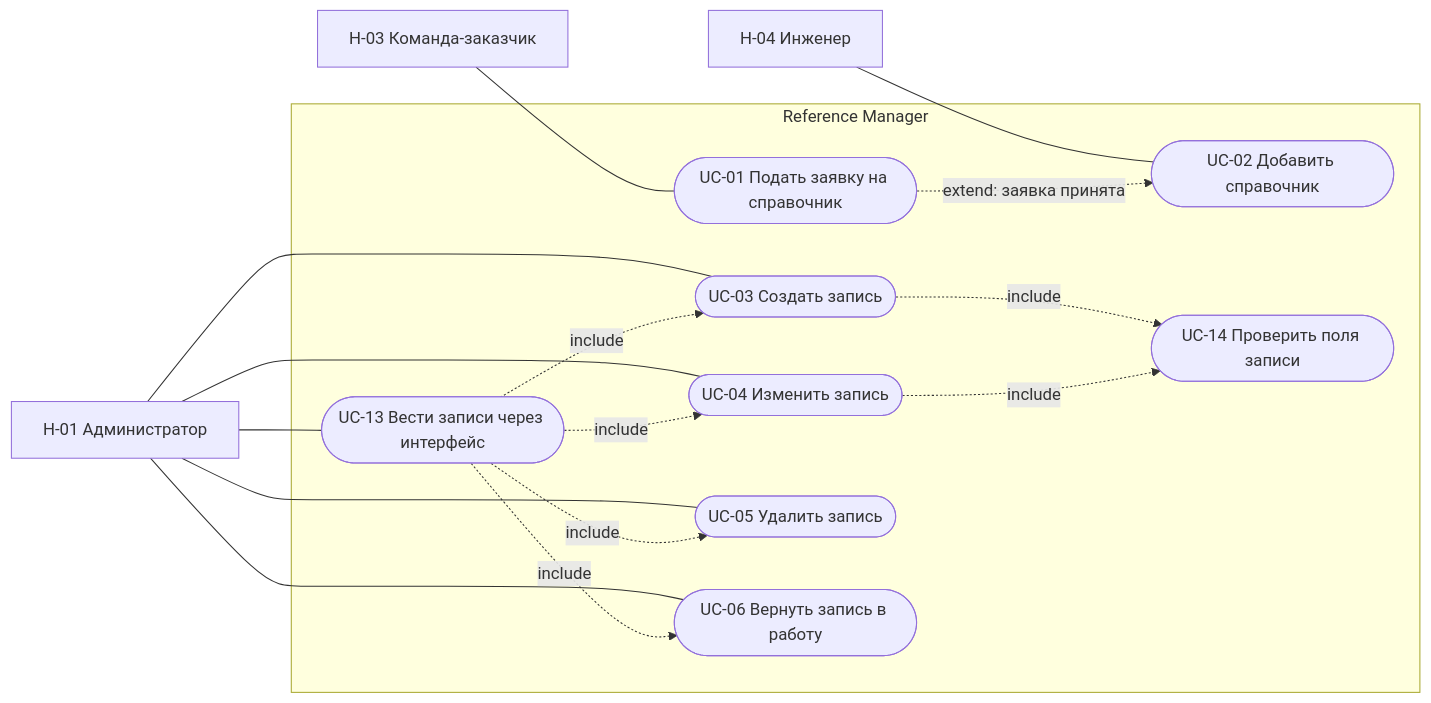
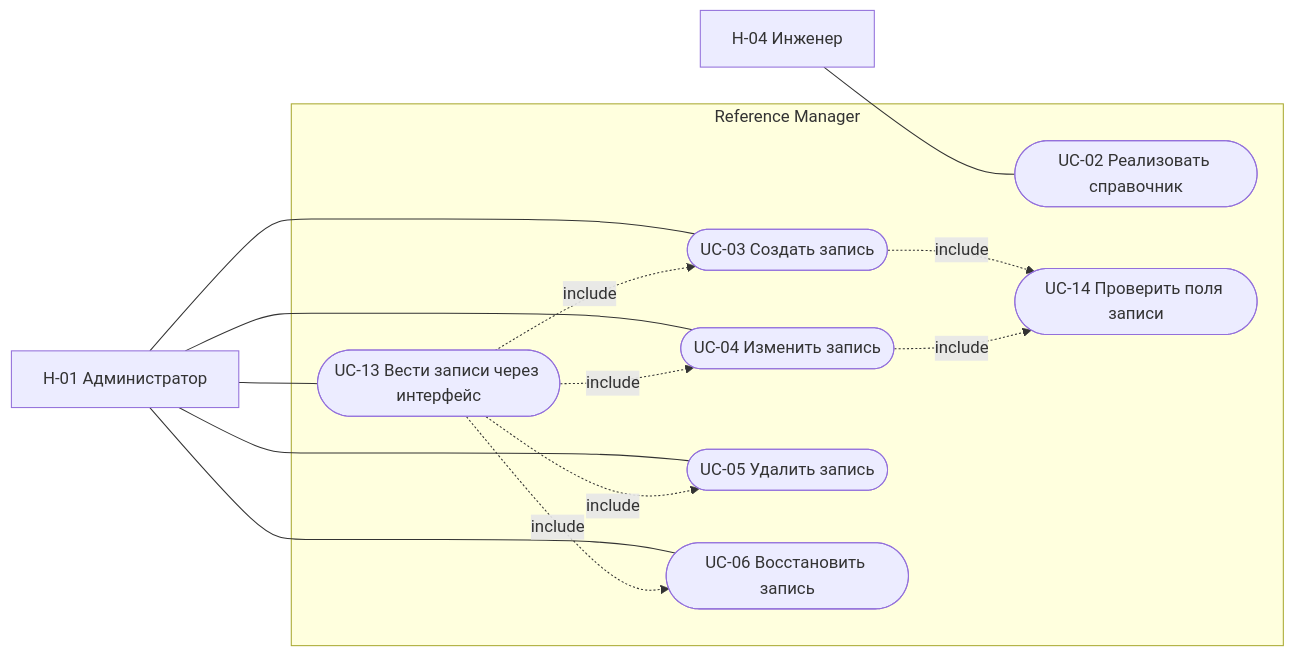
The first of 2 diagrams in reference-manager/docs/block-b-domain-analysis/060.use-cases.md (MEPhI-C22-501/arch-info-system-monorepo), drawn with Mermaid before and after one commit. The commit also changed other lines of this file and 30 other files, not shown here.

````diff
--- a/reference-manager/docs/block-b-domain-analysis/060.use-cases.md
+++ b/reference-manager/docs/block-b-domain-analysis/060.use-cases.md
@@ -16,30 +16,26 @@
 ```mermaid
 flowchart LR
     H1["H-01 Администратор"]
-    H3["H-03 Команда-заказчик"]
     H4["H-04 Инженер"]
     subgraph RM["Reference Manager"]
-        U1(["UC-01 Подать заявку на справочник"])
-        U2(["UC-02 Добавить справочник"])
+        U2(["UC-02 Реализовать справочник"])
         U3(["UC-03 Создать запись"])
         U4(["UC-04 Изменить запись"])
         U5(["UC-05 Удалить запись"])
-        U6(["UC-06 Вернуть запись в работу"])
+        U6(["UC-06 Восстановить запись"])
         U13(["UC-13 Вести записи через интерфейс"])
         U14(["UC-14 Проверить поля записи"])
     end
-    H3 --- U1
     H4 --- U2
     H1 --- U3
     H1 --- U4
     H1 --- U5
     H1 --- U6
     H1 --- U13
-    U1 -.->|"extend: заявка принята"| U2
     U3 -.->|"include"| U14
     U4 -.->|"include"| U14
     U13 -.->|"include"| U3
     U13 -.->|"include"| U4
     U13 -.->|"include"| U5
     U13 -.->|"include"| U6
 ```
````
